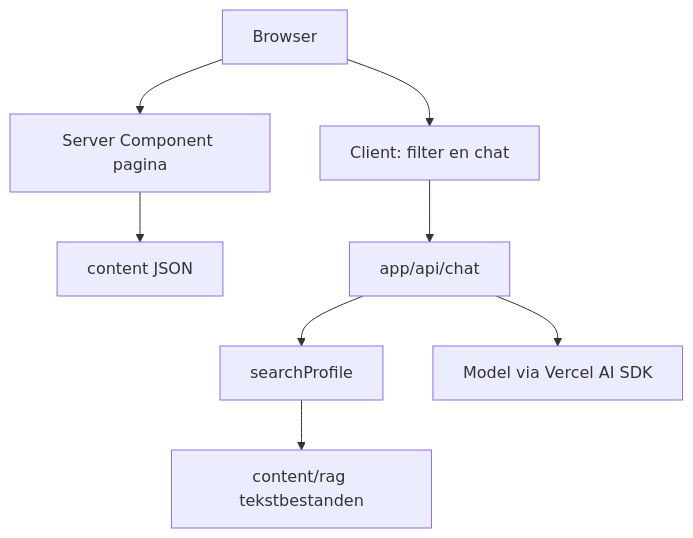
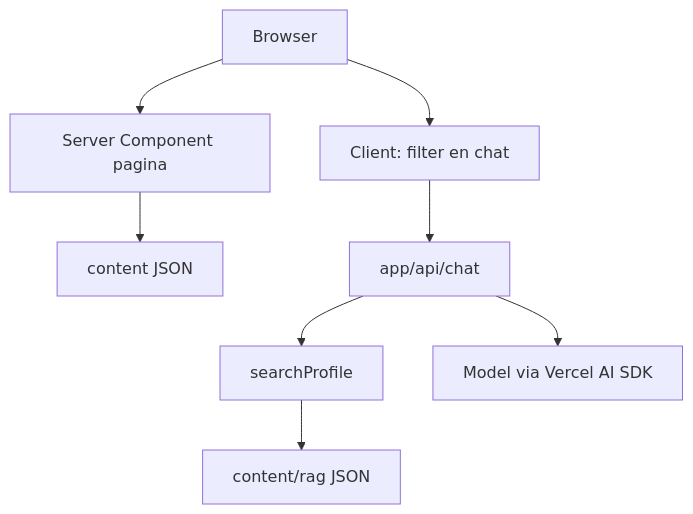
One commit to arvinwerk/portfolio-demo changed the diagram in README.md. Above: the diagram before and after it, drawn with Mermaid. The commit also changed other lines of this file and 38 other files, not shown here.

````diff
--- a/README.md
+++ b/README.md
@@ -17,19 +17,19 @@
 ```mermaid
 flowchart TD
   browser[Browser]
   page[Server Component pagina]
   filter[Client: filter en chat]
   json[content JSON]
   route[app/api/chat]
   tool[searchProfile]
-  corpus[content/rag tekstbestanden]
+  corpus[content/rag JSON]
   model[Model via Vercel AI SDK]
 
   browser --> page
   browser --> filter
   page --> json
   filter --> route
   route --> tool
   tool --> corpus
   route --> model
 ```
````
